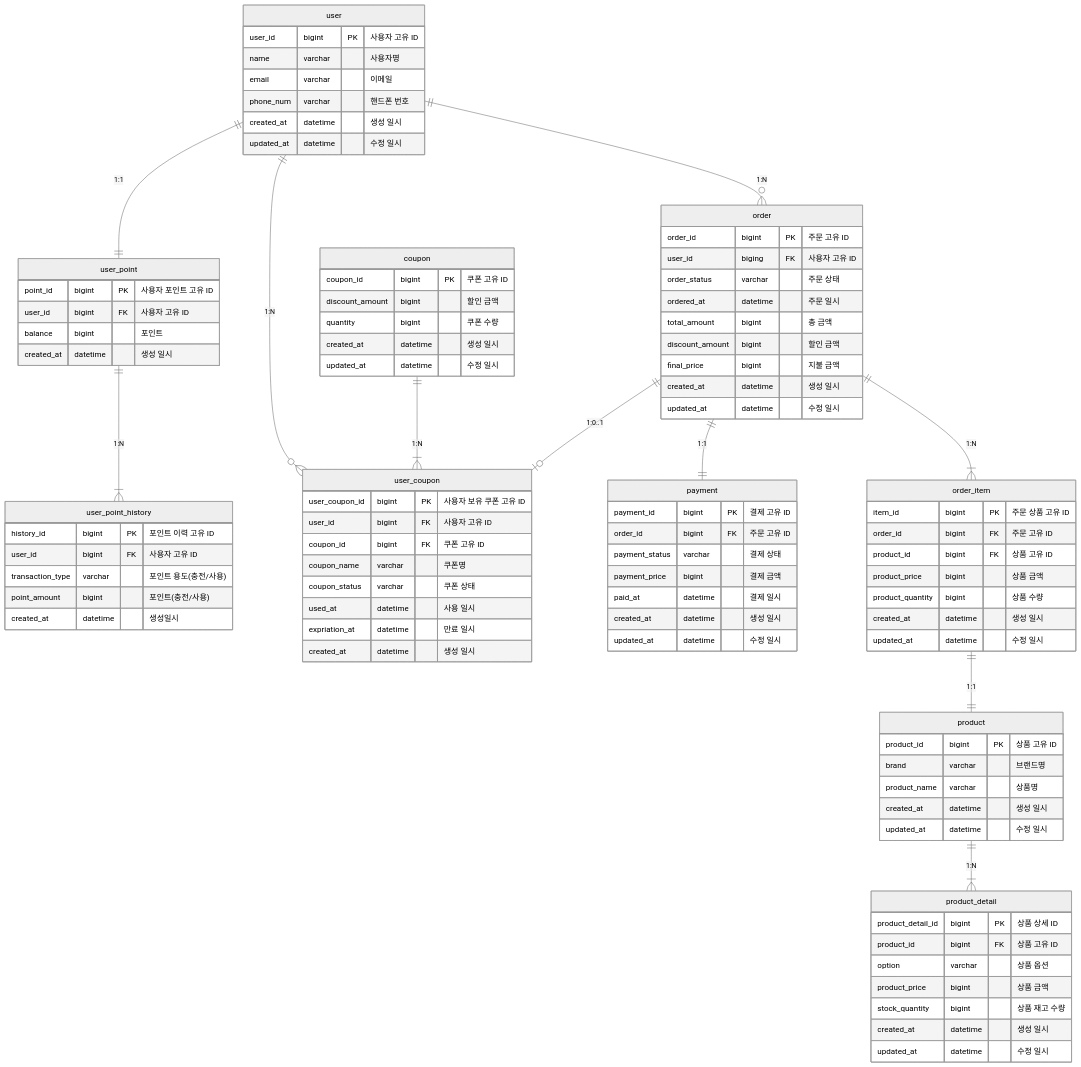
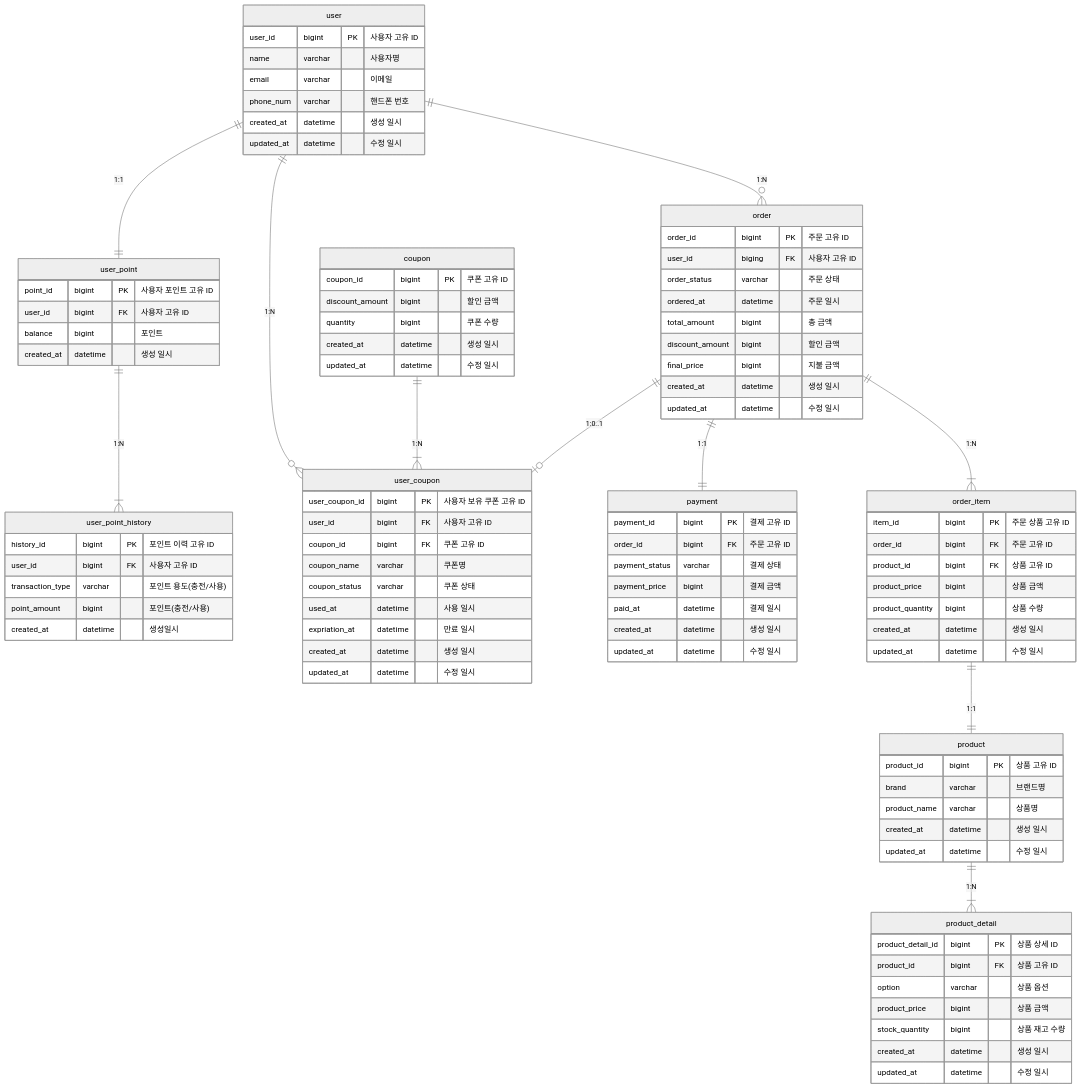
The diagram in docs/erd.md (Ssoyoung-J/e-commerce-service), drawn with Mermaid (neutral theme) before and after one commit. The commit also changed 14 other files, not shown here.

```diff
--- a/docs/erd.md
+++ b/docs/erd.md
@@ -47,6 +47,7 @@
         used_at datetime "사용 일시"
         expriation_at datetime "만료 일시"
         created_at datetime "생성 일시"
+        updated_at datetime "수정 일시"
     }
 
     coupon {
```
